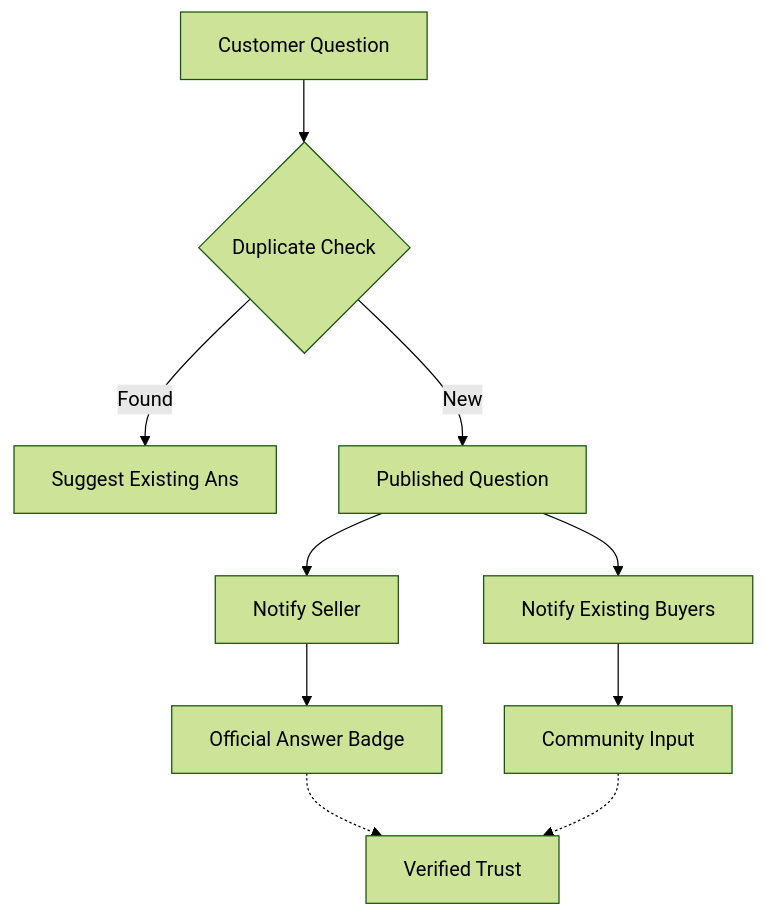
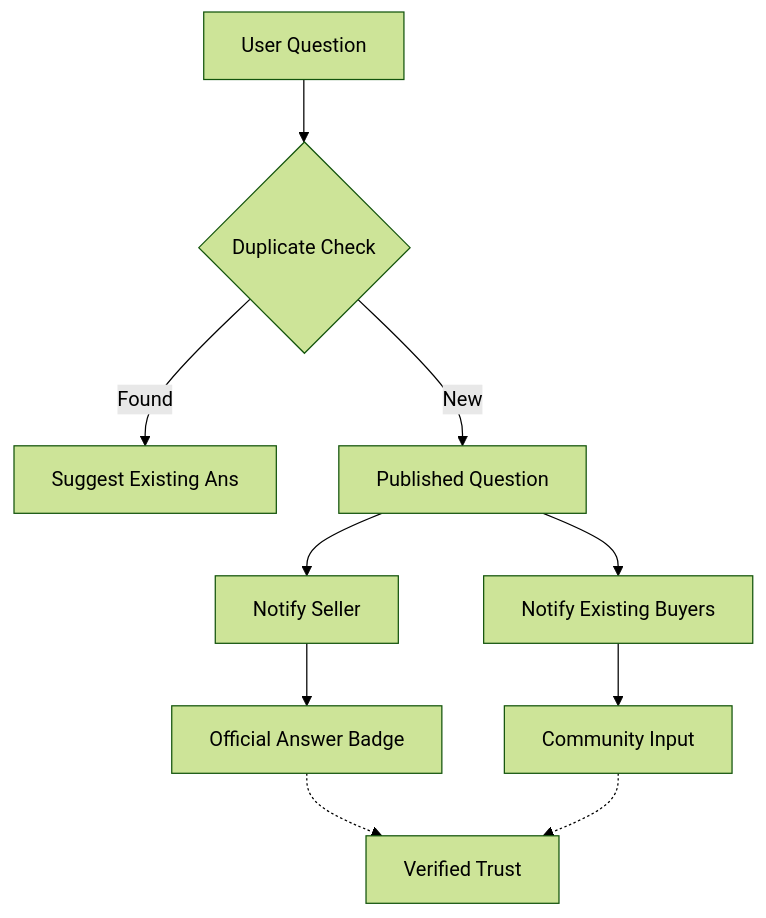
Before and after one commit to LuongCongThanh/be-nest-ecom: the diagram in planning/business/06-engagement/06-qa.md, drawn with Mermaid (forest theme). The commit also changed other lines of this file and 89 other files, not shown here.

````diff
--- a/planning/business/06-engagement/06-qa.md
+++ b/planning/business/06-engagement/06-qa.md
@@ -26,12 +26,12 @@
 ```mermaid
 graph TD
-    A[Customer Question] --> B{Duplicate Check}
+    A[User Question] --> B{Duplicate Check}
     B -->|Found| C[Suggest Existing Ans]
     B -->|New| D[Published Question]
     D --> E[Notify Seller]
     D --> F[Notify Existing Buyers]
     E --> G[Official Answer Badge]
     F --> H[Community Input]
     G -.-> I[Verified Trust]
     H -.-> I
 ```
````
